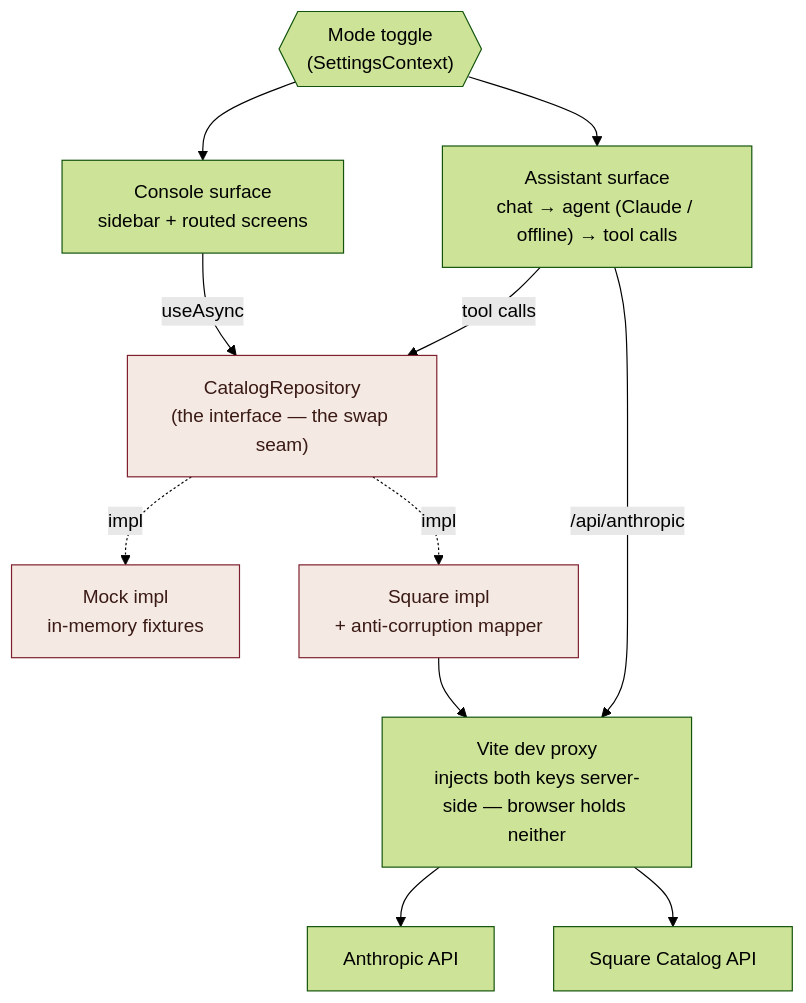
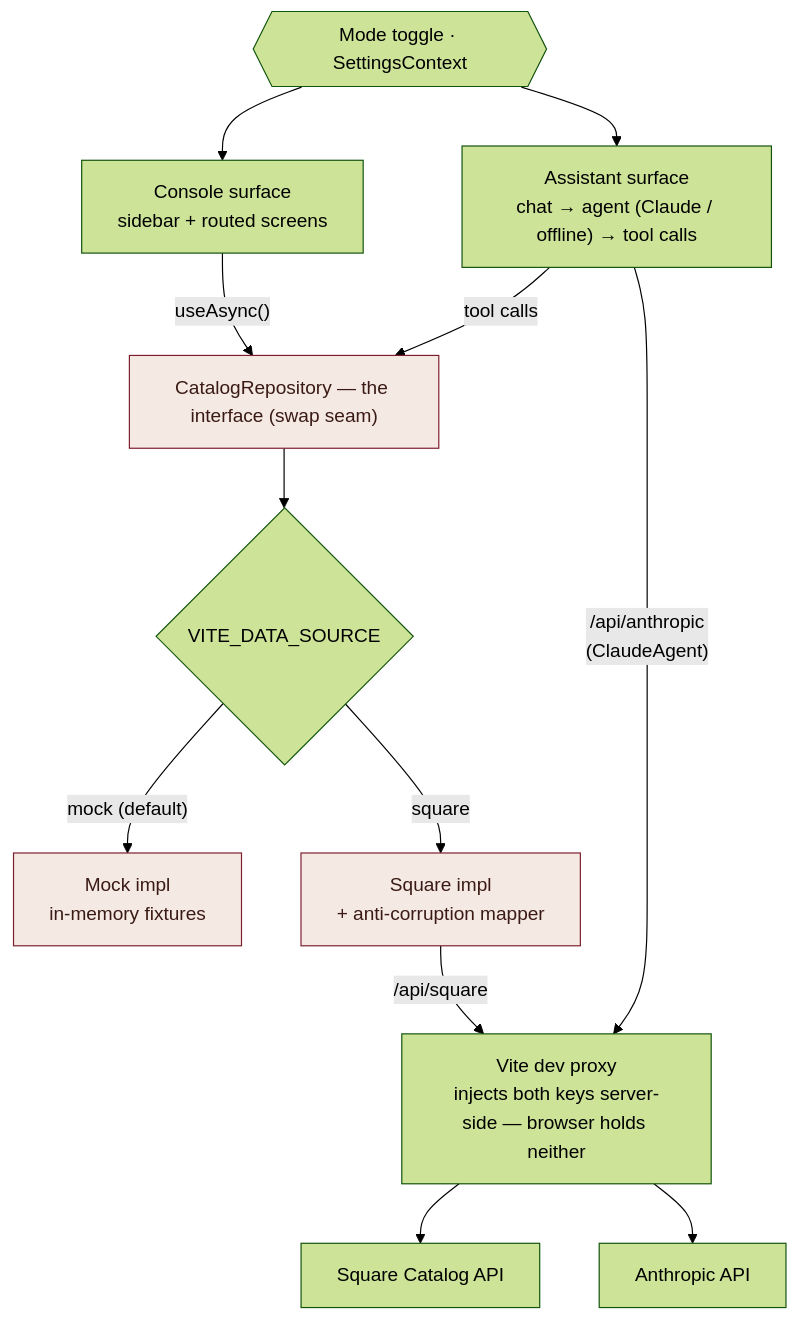
Before and after one commit to daniel-citrus/CapheVietPOS: the first of 6 diagrams in ARCHITECTURE.md, drawn with Mermaid (forest theme).

Commit message:
docs: fix arrow directions in the ARCHITECTURE §3 overview diagram
The `REPO -. impl .-> MOCK/SQ` edges pointed from the interface down to
its implementations, labelled "impl" — backwards from how §7.2 draws it
(`Mock --implements--> CatalogRepository`) and confusing to read.

Recast §3 as a clean top-down call/dispatch flow: surfaces → the
CatalogRepository interface → a `VITE_DATA_SOURCE` decision node →
mock | square impl → dev proxy → external APIs. Every arrow now points
the way the call actually flows. The other five diagrams were already
correct.

Rendered-checked via kroki; all six mermaid blocks parse.

Claude-Session: https://claude.ai/code/session_0154fUMCxv2mqEgzjMxjT51r

````diff
--- a/ARCHITECTURE.md
+++ b/ARCHITECTURE.md
@@ -50,29 +50,24 @@
 ```mermaid
 flowchart TD
-  TOGGLE{{"Mode toggle<br/>(SettingsContext)"}}
+  TOGGLE{{"Mode toggle · SettingsContext"}}
+  TOGGLE --> CONSOLE
+  TOGGLE --> ASSIST
 
+  CONSOLE["Console surface<br/>sidebar + routed screens"]
   ASSIST["Assistant surface<br/>chat → agent (Claude / offline) → tool calls"]
-  CONSOLE["Console surface<br/>sidebar + routed screens"]
+  CONSOLE -->|"useAsync()"| REPO
+  ASSIST -->|"tool calls"| REPO
 
-  REPO["CatalogRepository<br/>(the interface — the swap seam)"]
-  MOCK["Mock impl<br/>in-memory fixtures"]
-  SQ["Square impl<br/>+ anti-corruption mapper"]
+  REPO["CatalogRepository — the interface (swap seam)"]
+  REPO --> SEL{"VITE_DATA_SOURCE"}
+  SEL -->|"mock (default)"| MOCK["Mock impl<br/>in-memory fixtures"]
+  SEL -->|"square"| SQ["Square impl<br/>+ anti-corruption mapper"]
 
-  PROXY["Vite dev proxy<br/>injects both keys server-side — browser holds neither"]
-  ANTHROPIC["Anthropic API"]
-  SQUAREAPI["Square Catalog API"]
-
-  TOGGLE --> ASSIST
-  TOGGLE --> CONSOLE
-  ASSIST -->|"tool calls"| REPO
-  CONSOLE -->|"useAsync"| REPO
-  REPO -. impl .-> MOCK
-  REPO -. impl .-> SQ
-  ASSIST -->|"/api/anthropic"| PROXY
-  SQ --> PROXY
-  PROXY --> ANTHROPIC
-  PROXY --> SQUAREAPI
+  SQ -->|"/api/square"| PROXY["Vite dev proxy<br/>injects both keys server-side — browser holds neither"]
+  ASSIST -->|"/api/anthropic<br/>(ClaudeAgent)"| PROXY
+  PROXY --> SQUAREAPI["Square Catalog API"]
+  PROXY --> ANTHROPIC["Anthropic API"]
 
   classDef seam fill:#f5e9e4,stroke:#7d1f2d,color:#3a1a14;
   class REPO,MOCK,SQ seam
 ```
````
